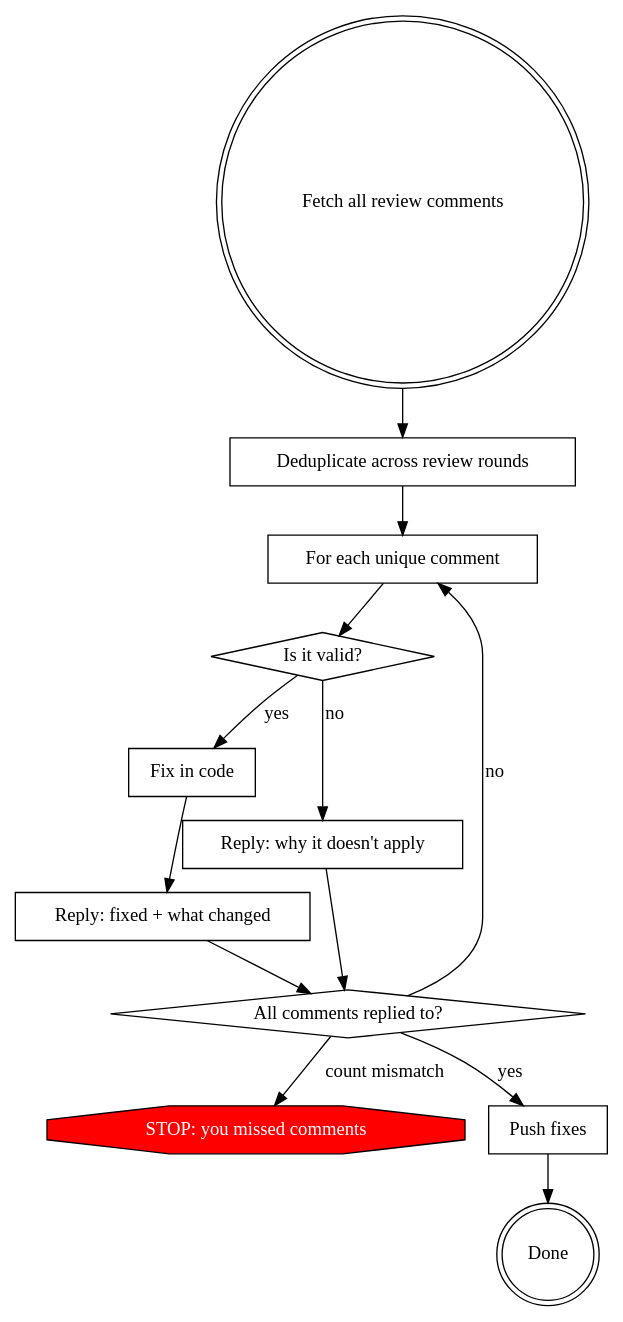
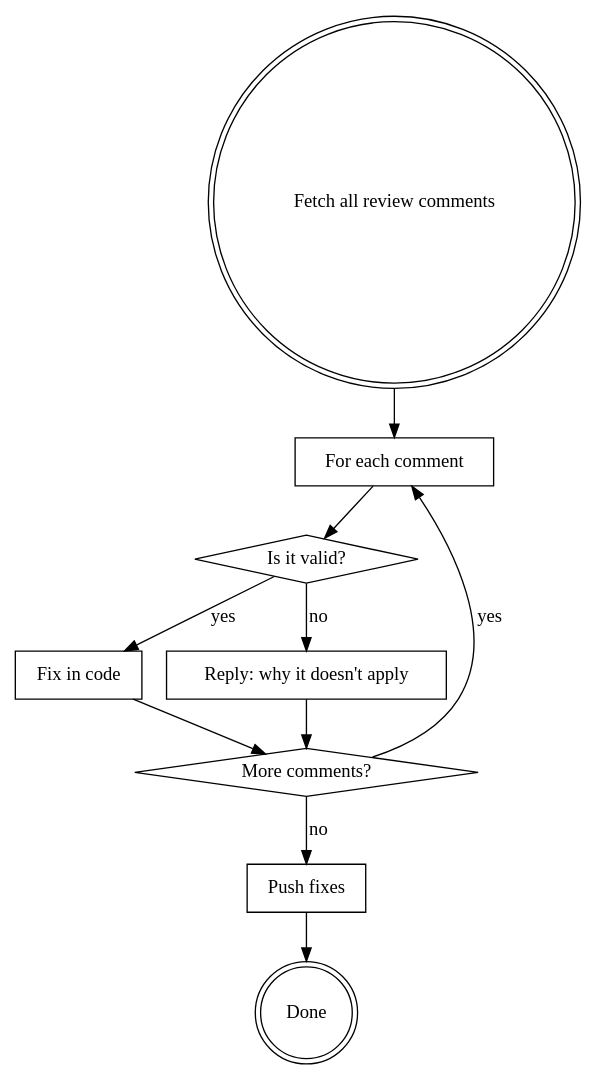
Before and after one commit to B4rz99/fidy: the diagram in .claude/skills/addressing-comments/SKILL.md, drawn with Graphviz. The commit also changed other lines of this file, not shown here.

Commit message:
fix(claude): only reply to declined comments

````diff
--- a/.claude/skills/addressing-comments/SKILL.md
+++ b/.claude/skills/addressing-comments/SKILL.md
@@ -16,28 +16,22 @@
 ```dot
 digraph addressing_comments {
     "Fetch all review comments" [shape=doublecircle];
-    "Deduplicate across review rounds" [shape=box];
-    "For each unique comment" [shape=box];
+    "For each comment" [shape=box];
     "Is it valid?" [shape=diamond];
     "Fix in code" [shape=box];
-    "Reply: fixed + what changed" [shape=box];
     "Reply: why it doesn't apply" [shape=box];
-    "All comments replied to?" [shape=diamond];
-    "STOP: you missed comments" [shape=octagon, style=filled, fillcolor=red, fontcolor=white];
+    "More comments?" [shape=diamond];
     "Push fixes" [shape=box];
     "Done" [shape=doublecircle];
 
-    "Fetch all review comments" -> "Deduplicate across review rounds";
-    "Deduplicate across review rounds" -> "For each unique comment";
-    "For each unique comment" -> "Is it valid?";
+    "Fetch all review comments" -> "For each comment";
+    "For each comment" -> "Is it valid?";
     "Is it valid?" -> "Fix in code" [label="yes"];
     "Is it valid?" -> "Reply: why it doesn't apply" [label="no"];
-    "Fix in code" -> "Reply: fixed + what changed";
-    "Reply: fixed + what changed" -> "All comments replied to?";
-    "Reply: why it doesn't apply" -> "All comments replied to?";
-    "All comments replied to?" -> "For each unique comment" [label="no"];
-    "All comments replied to?" -> "Push fixes" [label="yes"];
-    "All comments replied to?" -> "STOP: you missed comments" [label="count mismatch"];
+    "Fix in code" -> "More comments?";
+    "Reply: why it doesn't apply" -> "More comments?";
+    "More comments?" -> "For each comment" [label="yes"];
+    "More comments?" -> "Push fixes" [label="no"];
     "Push fixes" -> "Done";
 }
 ```
````
